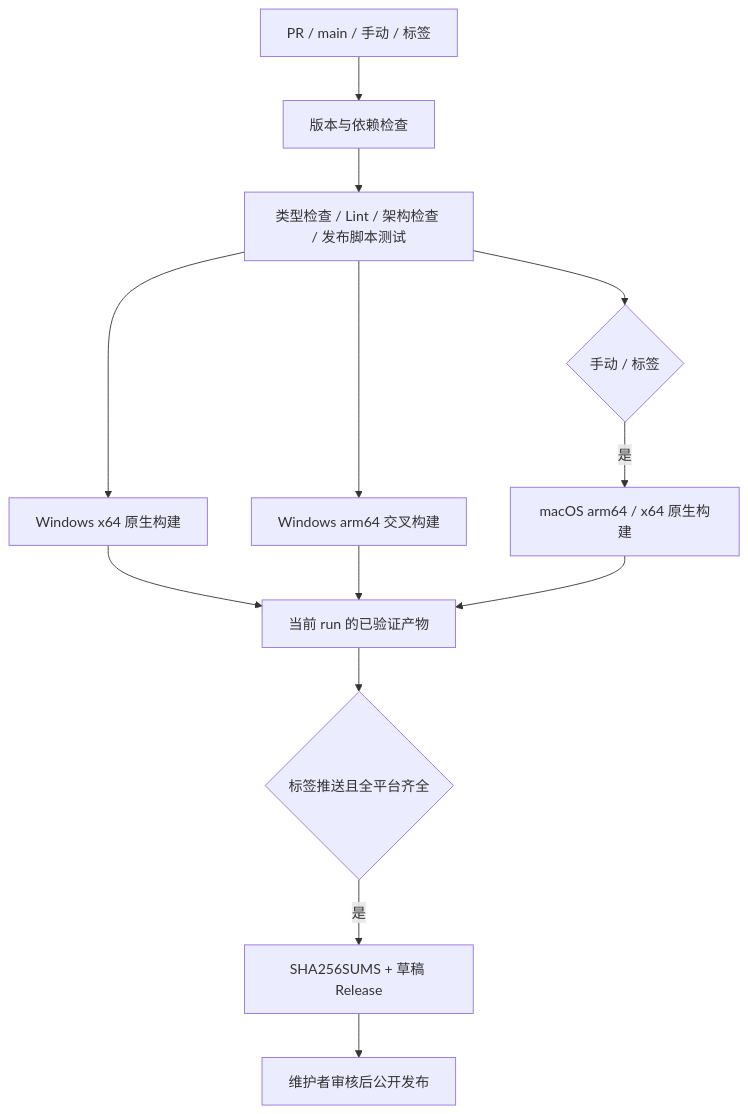
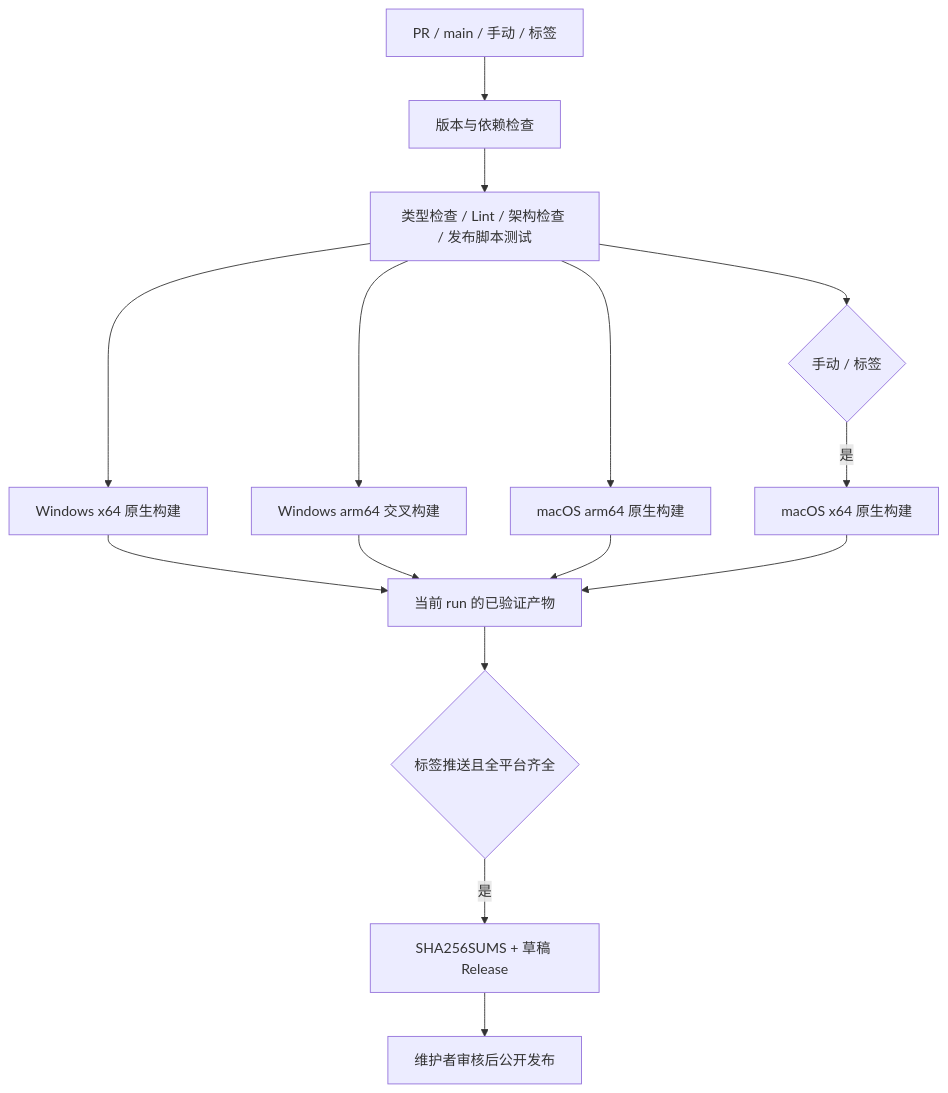
One commit to No-ni/ZCodium changed the diagram in .agents/specs/desktop-ci-release.md. Above: the diagram before and after it, drawn with Mermaid. The commit also changed other lines of this file and 2 other files, not shown here.

Commit message:
日常 CI 自动构建 macOS arm64 安装包

````diff
--- a/.agents/specs/desktop-ci-release.md
+++ b/.agents/specs/desktop-ci-release.md
@@ -23,15 +23,17 @@
 ```mermaid
 flowchart TD
   A[PR / main / 手动 / 标签] --> B[版本与依赖检查]
   B --> C[类型检查 / Lint / 架构检查 / 发布脚本测试]
   C --> F[Windows x64 原生构建]
   C --> G[Windows arm64 交叉构建]
+  C --> H[macOS arm64 原生构建]
   C --> M{手动 / 标签}
-  M -->|是| H[macOS arm64 / x64 原生构建]
+  M -->|是| X[macOS x64 原生构建]
   F --> I[当前 run 的已验证产物]
   G --> I
   H --> I
+  X --> I
   I --> J{标签推送且全平台齐全}
   J -->|是| K[SHA256SUMS + 草稿 Release]
   K --> L[维护者审核后公开发布]
 ```
````
